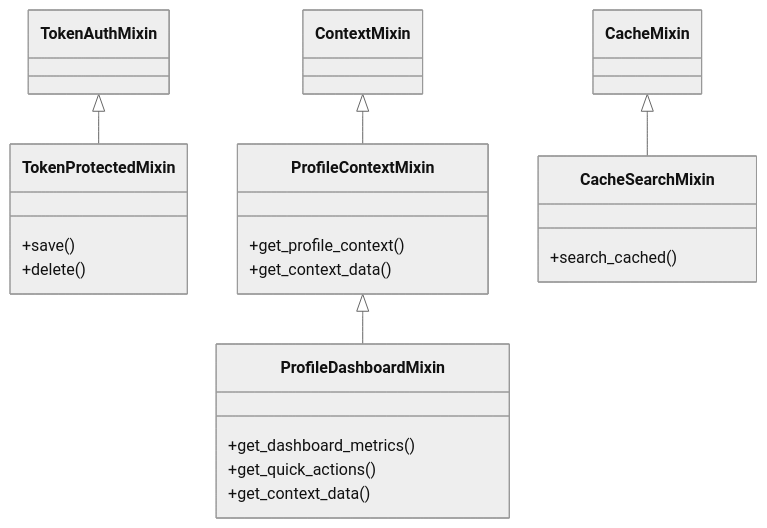
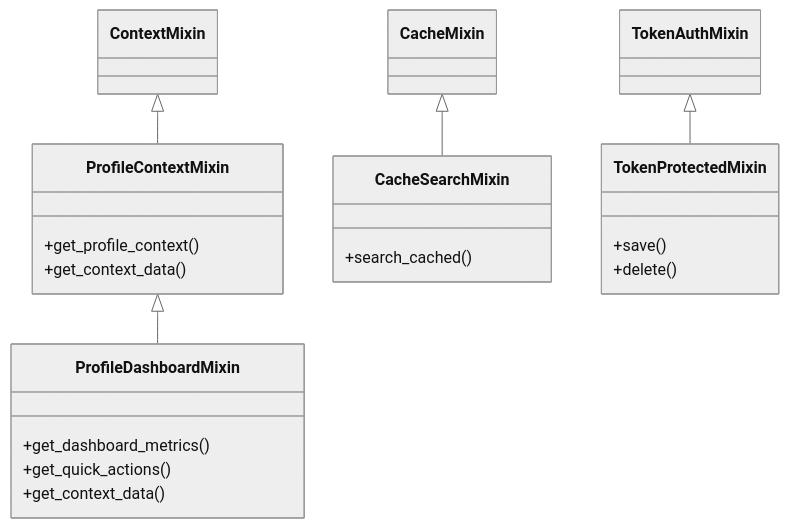
The diagram in src/django_fusion/management/handlers/design.md (mammhoud/django-fusion), drawn with Mermaid (neutral theme) before and after one commit. The commit also changed other lines of this file and 141 other files, not shown here.

````diff
--- a/src/django_fusion/management/handlers/design.md
+++ b/src/django_fusion/management/handlers/design.md
@@ -20,23 +22,23 @@
 ```mermaid
 classDiagram
-    class TokenProtectedMixin {
-      +save()
-      +delete()
-    }
-    TokenAuthMixin <|-- TokenProtectedMixin
     class ProfileContextMixin {
       +get_profile_context()
       +get_context_data()
     }
     ContextMixin <|-- ProfileContextMixin
     class ProfileDashboardMixin {
       +get_dashboard_metrics()
       +get_quick_actions()
       +get_context_data()
     }
     ProfileContextMixin <|-- ProfileDashboardMixin
     class CacheSearchMixin {
       +search_cached()
     }
     CacheMixin <|-- CacheSearchMixin
+    class TokenProtectedMixin {
+      +save()
+      +delete()
+    }
+    TokenAuthMixin <|-- TokenProtectedMixin
 ```
````
